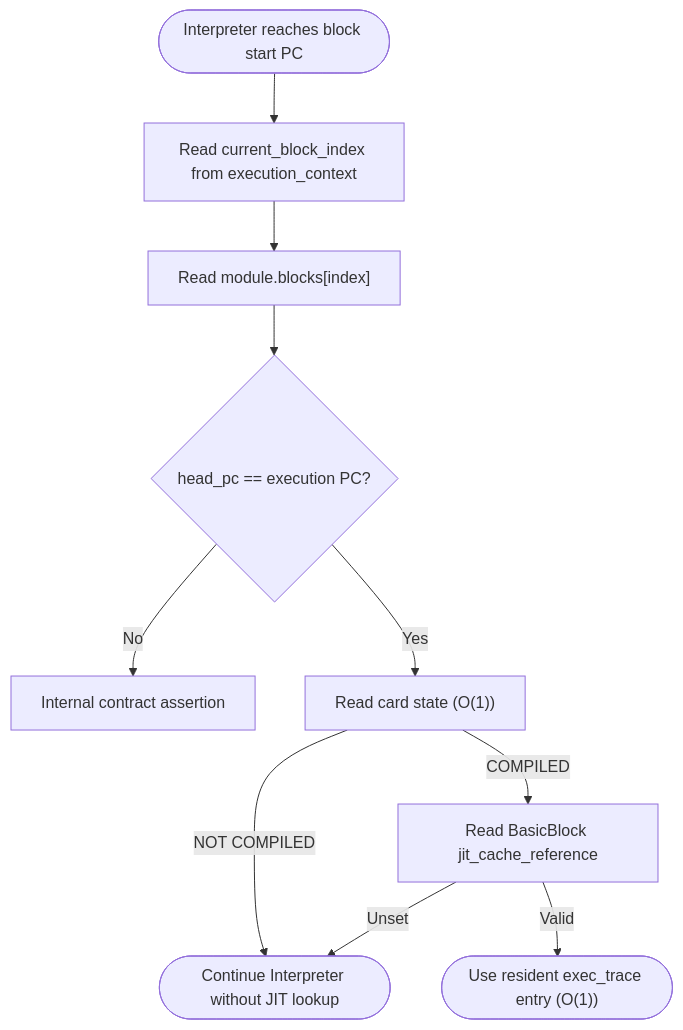
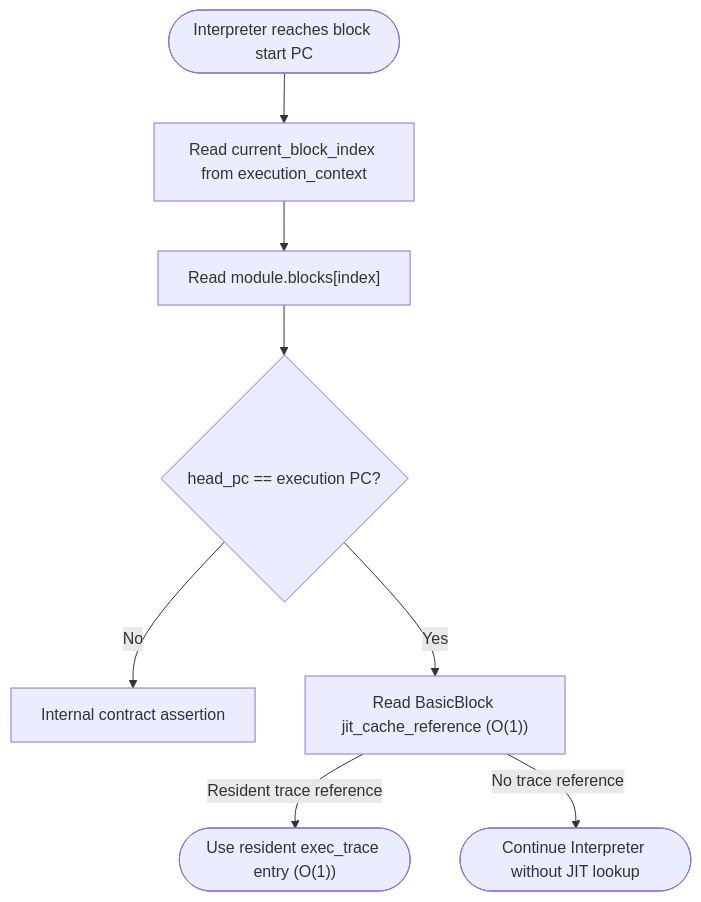
The third of 6 diagrams in docs/components/tier3_plugins/jit_runtime.md (kmt-t/fireball), drawn with Mermaid before and after one commit. The commit also changed other lines of this file and 7 other files, not shown here.

````diff
--- a/docs/components/tier3_plugins/jit_runtime.md
+++ b/docs/components/tier3_plugins/jit_runtime.md
@@ -235,12 +233,10 @@
 ```mermaid
 flowchart TD
     Start(["Interpreter reaches block start PC"]) --> Context["Read current_block_index from execution_context"]
     Context --> Metadata["Read module.blocks[index]"]
     Metadata --> Validate{"head_pc == execution PC?"}
     Validate -->|"No"| Assert["Internal contract assertion"]
-    Validate -->|"Yes"| Card["Read card state (O(1))"]
-    Card -->|"NOT COMPILED"| ExitInterp(["Continue Interpreter without JIT lookup"])
-    Card -->|"COMPILED"| ReadRef["Read BasicBlock jit_cache_reference"]
-    ReadRef -->|"Valid"| ReturnTrace(["Use resident exec_trace entry (O(1))"])
-    ReadRef -->|"Unset"| ExitInterp
+    Validate -->|"Yes"| ReadRef["Read BasicBlock jit_cache_reference (O(1))"]
+    ReadRef -->|"Resident trace reference"| ReturnTrace(["Use resident exec_trace entry (O(1))"])
+    ReadRef -->|"No trace reference"| ExitInterp(["Continue Interpreter without JIT lookup"])
 ```
````
